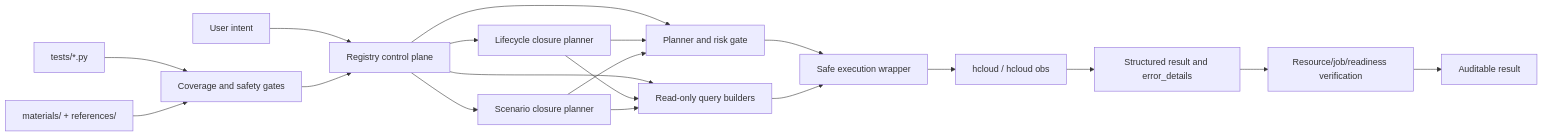
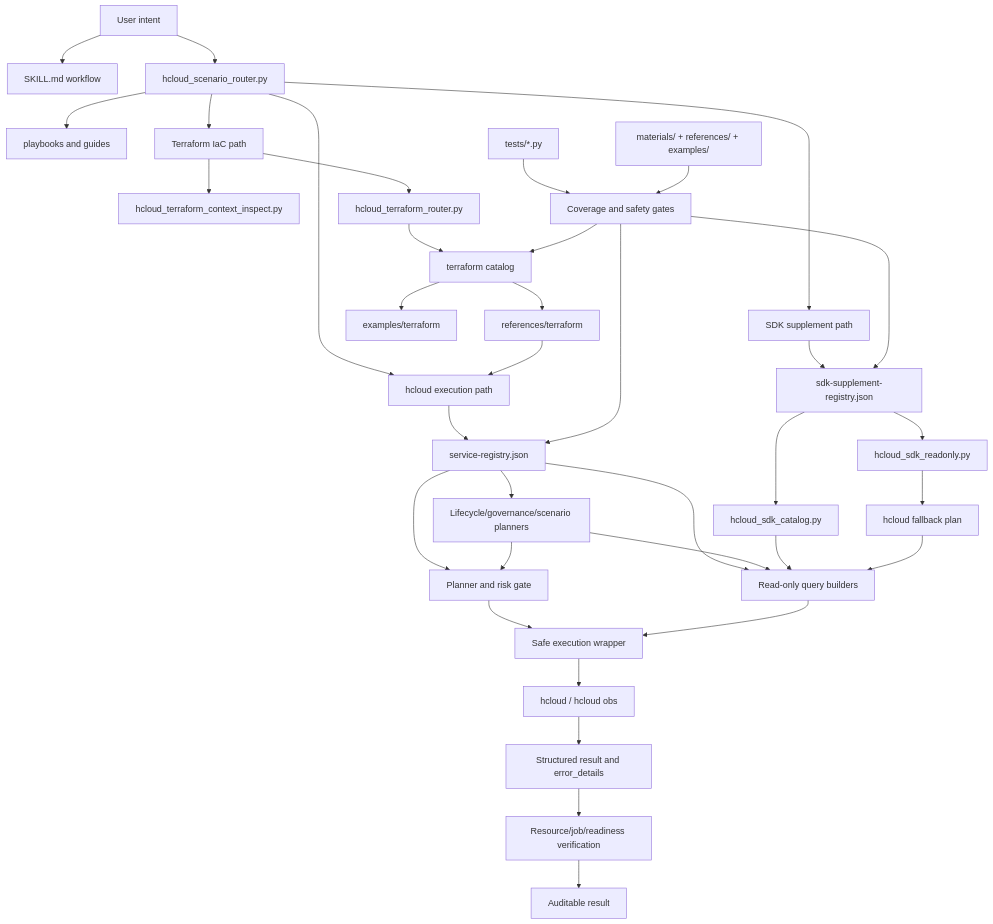
One commit to pipixia-labs/huaweicloud-skill changed the first of 2 diagrams in docs/technical-overview.md. Above: the diagram before and after it, drawn with Mermaid. The commit also changed other lines of this file and 4 other files, not shown here.

Commit message:
Update developer docs for SDK and Terraform support

````diff
--- a/docs/technical-overview.md
+++ b/docs/technical-overview.md
@@ -35,21 +42,42 @@
 ```mermaid
-flowchart LR
-    Intent["User intent"] --> Registry["Registry control plane"]
-    Registry --> Closure["Lifecycle closure planner"]
-    Registry --> Scenario["Scenario closure planner"]
+flowchart TD
+    Intent["User intent"] --> Skill["SKILL.md workflow"]
+    Intent --> Router["hcloud_scenario_router.py"]
+    Router --> Guides["playbooks and guides"]
+    Router --> HCloudPath["hcloud execution path"]
+    Router --> SDKPath["SDK supplement path"]
+    Router --> TerraformPath["Terraform IaC path"]
+
+    HCloudPath --> Registry["service-registry.json"]
+    Registry --> Closure["Lifecycle/governance/scenario planners"]
     Registry --> Plan["Planner and risk gate"]
     Registry --> Query["Read-only query builders"]
     Closure --> Plan
     Closure --> Query
-    Scenario --> Query
-    Scenario --> Plan
     Plan --> SafeExec["Safe execution wrapper"]
     Query --> SafeExec
     SafeExec --> HCloud["hcloud / hcloud obs"]
     HCloud --> Diagnosis["Structured result and error_details"]
     Diagnosis --> Verify["Resource/job/readiness verification"]
     Verify --> Result["Auditable result"]
+
+    SDKPath --> SDKRegistry["sdk-supplement-registry.json"]
+    SDKRegistry --> SDKCatalog["hcloud_sdk_catalog.py"]
+    SDKRegistry --> SDKRead["hcloud_sdk_readonly.py"]
+    SDKCatalog --> Query
+    SDKRead --> HCloudFallback["hcloud fallback plan"]
+    HCloudFallback --> Query
+
+    TerraformPath --> TFInspect["hcloud_terraform_context_inspect.py"]
+    TerraformPath --> TFRouter["hcloud_terraform_router.py"]
+    TFRouter --> TFCatalog["terraform catalog"]
+    TFCatalog --> TFExamples["examples/terraform"]
+    TFCatalog --> TFRefs["references/terraform"]
+    TFRefs --> HCloudPath
+
     Tests["tests/*.py"] --> Gates["Coverage and safety gates"]
-    Materials["materials/ + references/"] --> Gates
+    Materials["materials/ + references/ + examples/"] --> Gates
     Gates --> Registry
+    Gates --> SDKRegistry
+    Gates --> TFCatalog
 ```
````
